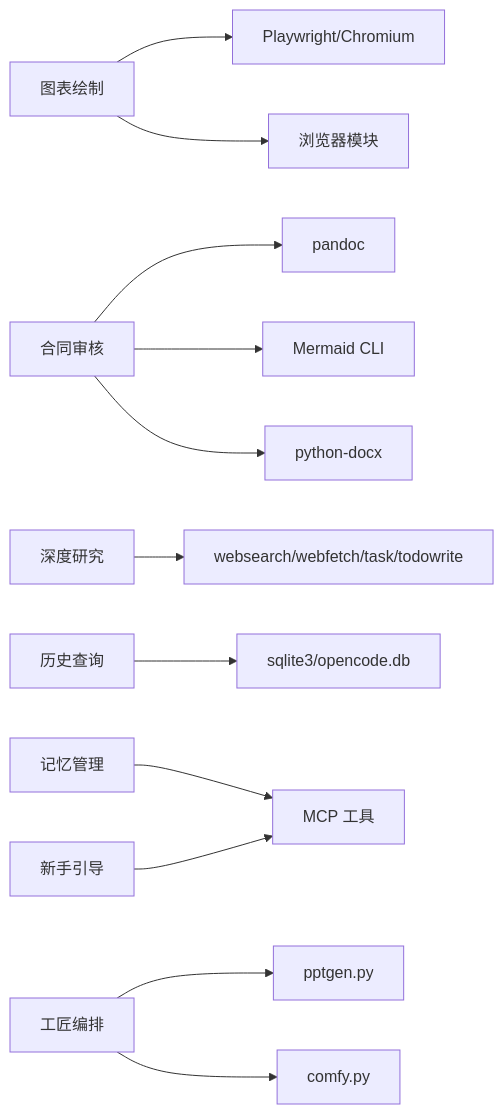
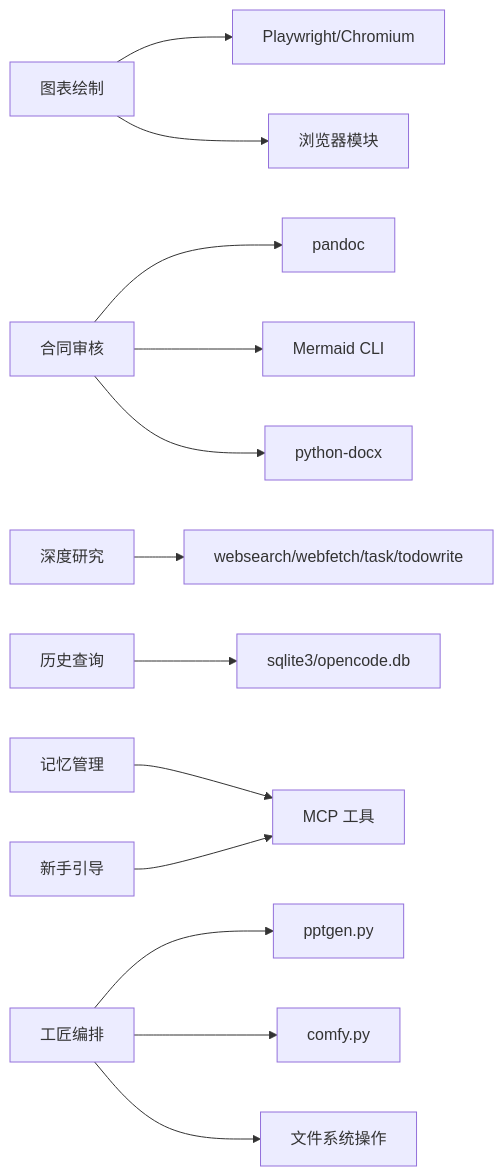
Before and after one commit to swond-Mao/Tiffa: the tenth of 10 diagrams in .qoder/repowiki/zh/content/技能系统/其他专业技能.md, drawn with Mermaid. The commit also changed other lines of this file and 359 other files, not shown here.

````diff
--- a/.qoder/repowiki/zh/content/技能系统/其他专业技能.md
+++ b/.qoder/repowiki/zh/content/技能系统/其他专业技能.md
@@ -363,14 +395,15 @@
 ```mermaid
 graph LR
 DD["图表绘制"] --> PW["Playwright/Chromium"]
 DD --> Web["浏览器模块"]
 CR["合同审核"] --> Pandoc["pandoc"]
 CR --> MMD["Mermaid CLI"]
 CR --> Docx["python-docx"]
 DR["深度研究"] --> Tools["websearch/webfetch/task/todowrite"]
 HQ["历史查询"] --> SQLite["sqlite3/opencode.db"]
 MM["记忆管理"] --> MCP["MCP 工具"]
 OB["新手引导"] --> MCP
 CM["工匠编排"] --> PPT["pptgen.py"]
 CM --> IMG["comfy.py"]
+CM --> FS["文件系统操作"]
 ```
````
